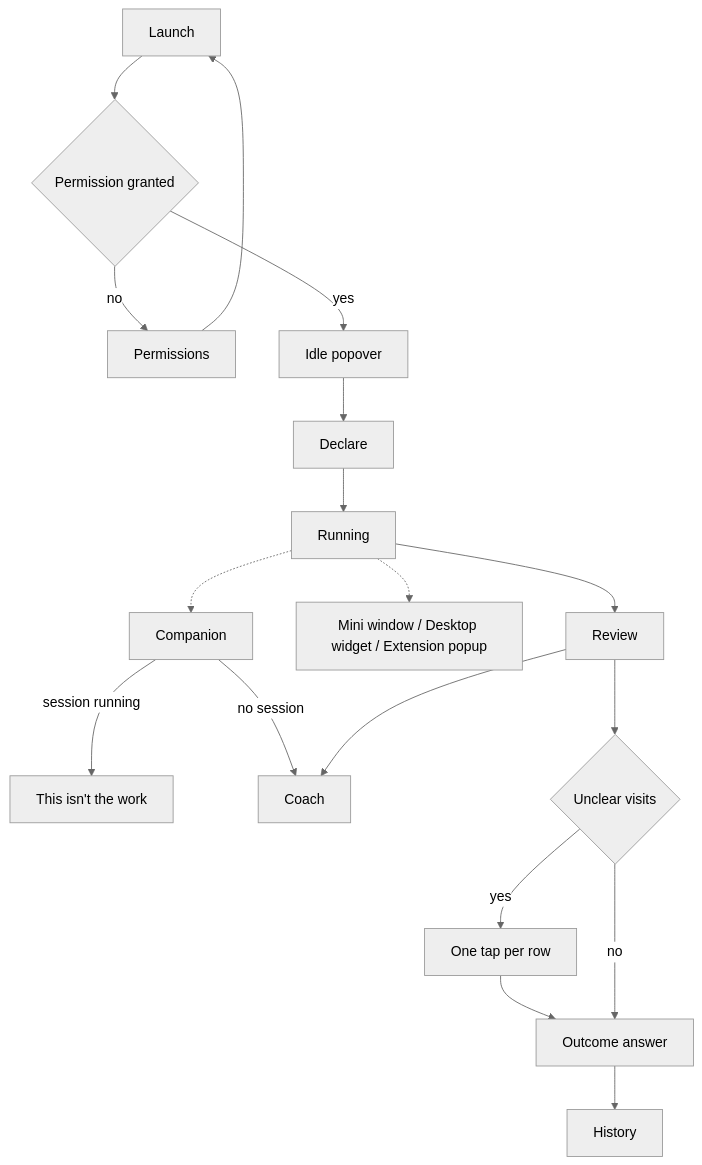
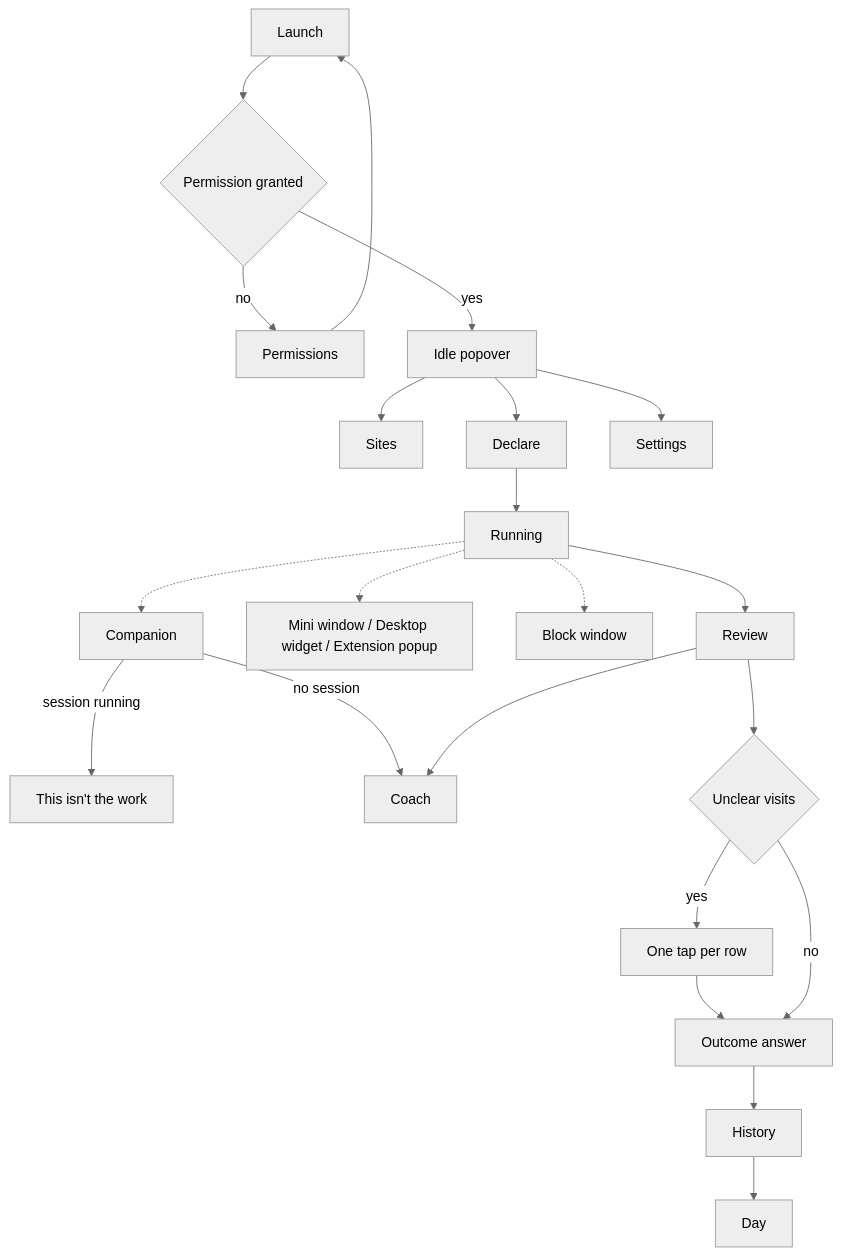
One commit to Alexandre-Nevero/focuslocal changed the diagram in docs/prd.md. Above: the diagram before and after it, drawn with Mermaid (neutral theme). The commit also changed other lines of this file and 7 other files, not shown here.

````diff
--- a/docs/prd.md
+++ b/docs/prd.md
@@ -199,20 +249,24 @@
 ```mermaid
 flowchart TD
   Launch[Launch] --> Perm{Permission granted}
   Perm -->|no| PermHelp[Permissions]
   PermHelp --> Launch
   Perm -->|yes| Idle[Idle popover]
+  Idle --> Sites[Sites]
   Idle --> Declare[Declare]
   Declare --> Running[Running]
   Running --> Review[Review]
   Running -.-> Mini[Mini window / Desktop widget / Extension popup]
+  Running -.-> BlockWin[Block window]
   Running -.-> Pet[Companion]
   Pet -->|session running| NotWork["This isn't the work"]
   Pet -->|no session| Coach[Coach]
   Review --> Coach
   Review --> Unclear{Unclear visits}
   Unclear -->|yes| Tap[One tap per row]
   Tap --> Answer[Outcome answer]
   Unclear -->|no| Answer
   Answer --> History[History]
+  History --> Day[Day]
+  Idle --> Settings[Settings]
 ```
````
